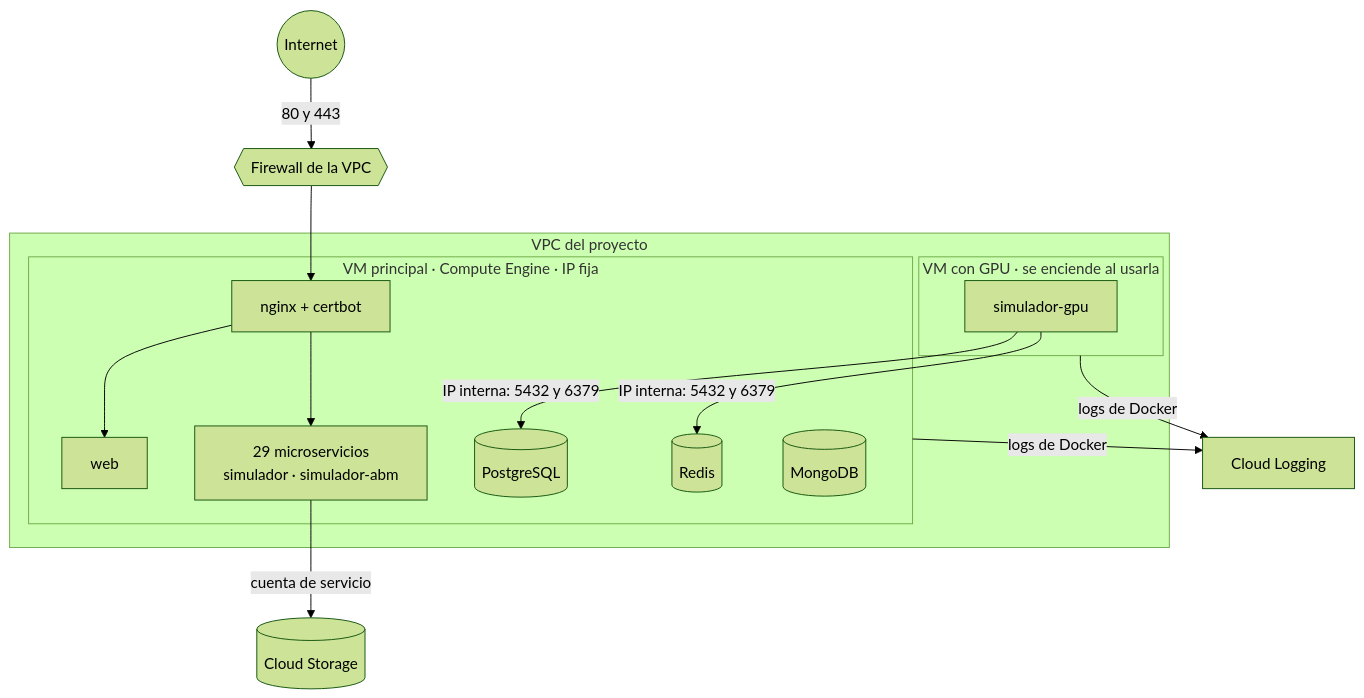
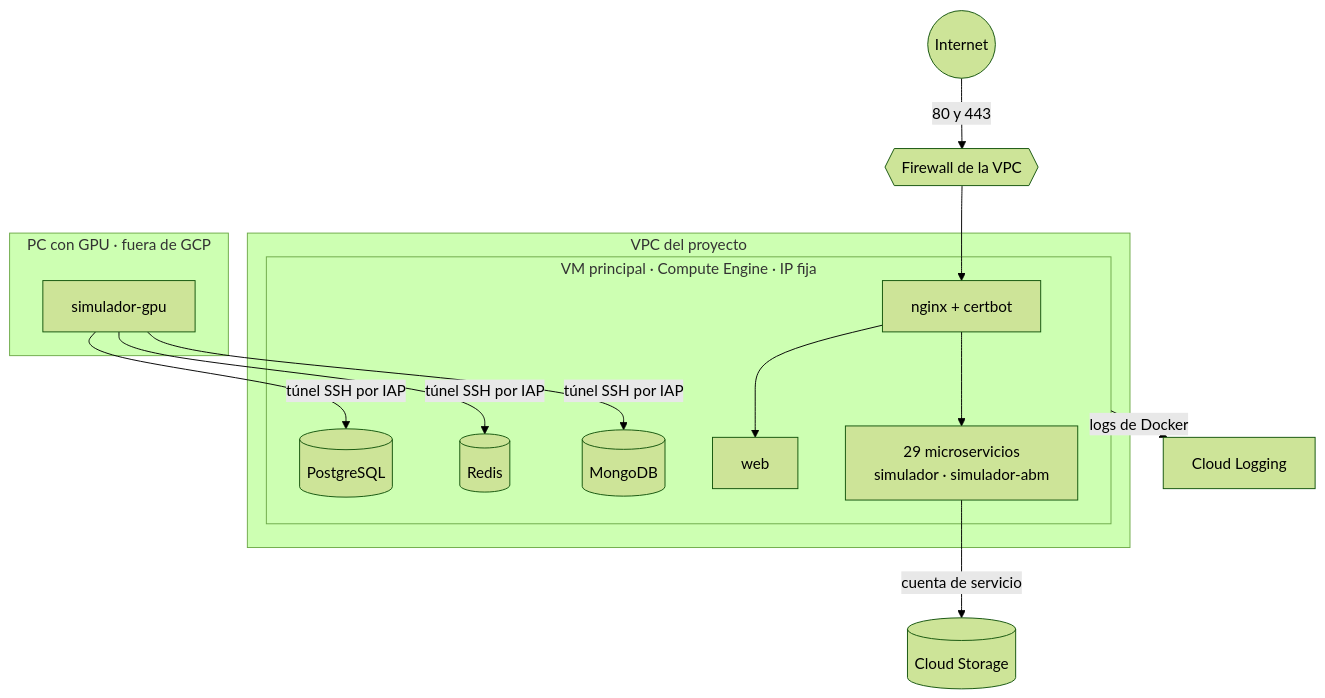
The second of 2 diagrams in docs/arquitectura/arquitectura_v3.md (jonaxCA/A-D-M-Simulator), drawn with Mermaid (forest theme) before and after one commit. The commit also changed other lines of this file and 11 other files, not shown here.

First line of the commit message:
D23: el simulador de abm-gpu en una PC con GPU, por un túnel a la nube

````diff
--- a/docs/arquitectura/arquitectura_v3.md
+++ b/docs/arquitectura/arquitectura_v3.md
@@ -202,22 +202,22 @@
 ```mermaid
 flowchart TB
     INET((Internet)) -->|80 y 443| FW{{Firewall de la VPC}}
     subgraph VPC[VPC del proyecto]
         subgraph VM1[VM principal · Compute Engine · IP fija]
             NG[nginx + certbot]
             WEB[web]
             MS[29 microservicios<br/>simulador · simulador-abm]
             PG[(PostgreSQL)]
             RD[(Redis)]
             MG[(MongoDB)]
         end
-        subgraph VM2[VM con GPU · se enciende al usarla]
-            SG[simulador-gpu]
-        end
+    end
+    subgraph PC[PC con GPU · fuera de GCP]
+        SG[simulador-gpu]
     end
     FW --> NG
     NG --> WEB & MS
-    SG -->|IP interna: 5432 y 6379| PG & RD
+    SG -->|túnel SSH por IAP| PG & RD & MG
     MS -->|cuenta de servicio| GCS[(Cloud Storage)]
-    VM1 & VM2 -->|logs de Docker| LOG[Cloud Logging]
+    VM1 -->|logs de Docker| LOG[Cloud Logging]
 ```
````
